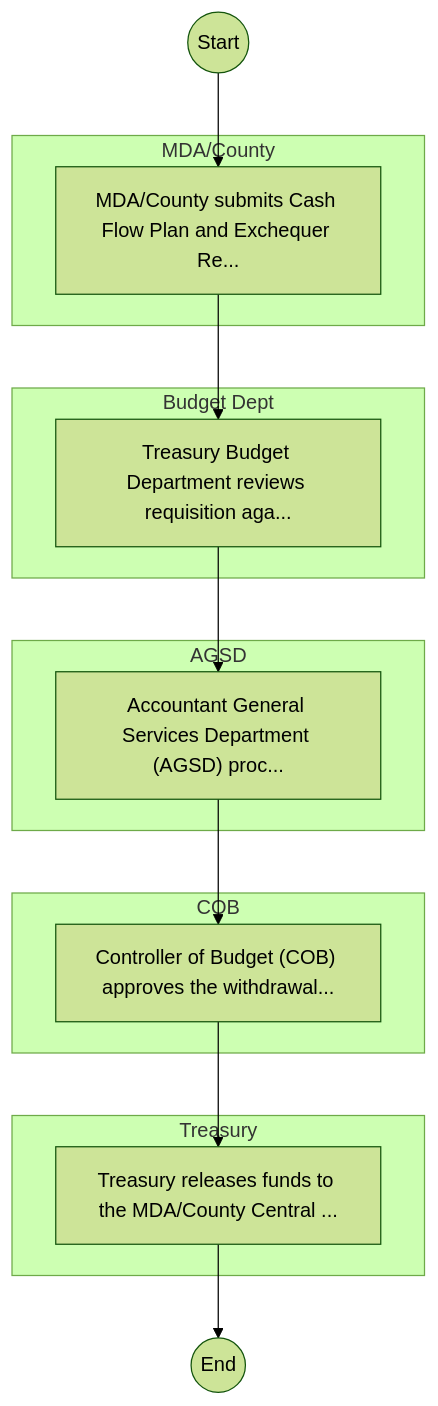
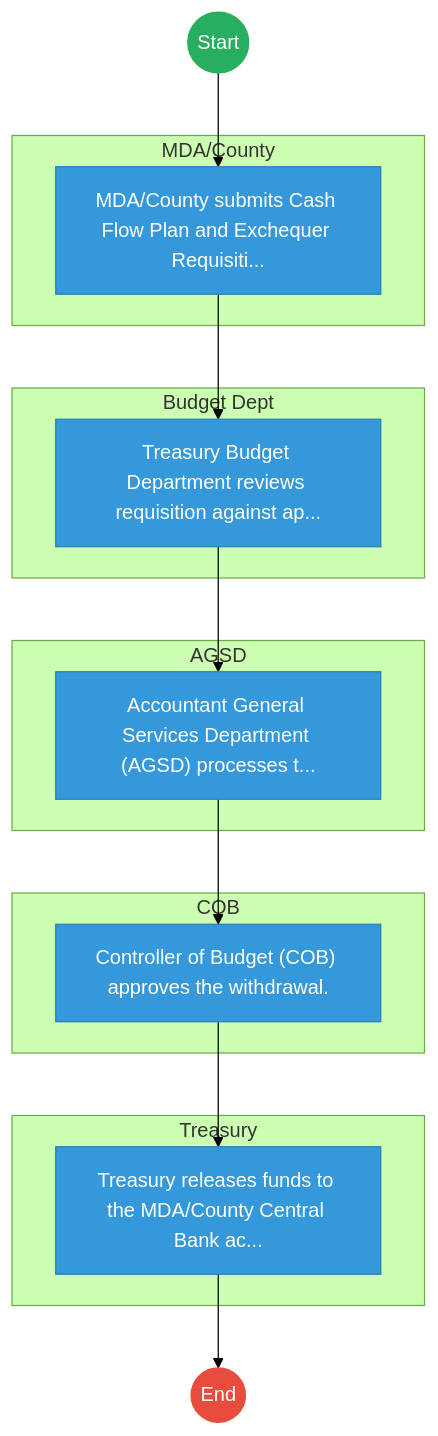
One commit to BITZ-IT-Consulting-LTD/ictapoc changed the first of 2 diagrams in mdas/docs_final/National_Treasury_and_Economic_Planning_The___Service_Delivery.md. Above: the diagram before and after it, drawn with Mermaid (forest theme). The commit also changed other lines of this file and 461 other files, not shown here.

````diff
--- a/mdas/docs_final/National_Treasury_and_Economic_Planning_The___Service_Delivery.md
+++ b/mdas/docs_final/National_Treasury_and_Economic_Planning_The___Service_Delivery.md
@@ -20,24 +20,38 @@
 ```mermaid
 graph TD
     Start((Start)) --> S1
-    subgraph MDACounty [MDA/County]
-        S1["MDA/County submits Cash Flow Plan and Exchequer Re..."]
+
+    subgraph MDA_County [MDA/County]
+        S1["MDA/County submits Cash Flow Plan and Exchequer Requisiti..."]
     end
-    subgraph BudgetDept [Budget Dept]
-        S2["Treasury Budget Department reviews requisition aga..."]
+
+    subgraph Budget_Dept [Budget Dept]
+        S2["Treasury Budget Department reviews requisition against ap..."]
     end
+
     subgraph AGSD [AGSD]
-        S3["Accountant General Services Department (AGSD) proc..."]
+        S3["Accountant General Services Department (AGSD) processes t..."]
     end
+
     subgraph COB [COB]
-        S4["Controller of Budget (COB) approves the withdrawal..."]
+        S4["Controller of Budget (COB) approves the withdrawal."]
     end
+
     subgraph Treasury [Treasury]
-        S5["Treasury releases funds to the MDA/County Central ..."]
+        S5["Treasury releases funds to the MDA/County Central Bank ac..."]
     end
     S1 --> S2
     S2 --> S3
     S3 --> S4
     S4 --> S5
     S5 --> End((End))
+
+    classDef start fill:#27ae60,stroke:#27ae60,color:#fff;
+    classDef endNode fill:#e74c3c,stroke:#e74c3c,color:#fff;
+    classDef userTask fill:#3498db,stroke:#2980b9,color:#fff;
+    classDef serviceTask fill:#9b59b6,stroke:#8e44ad,color:#fff;
+
+    class Start start;
+    class End endNode;
+    class S1,S2,S3,S4,S5 userTask;
 ```
````
